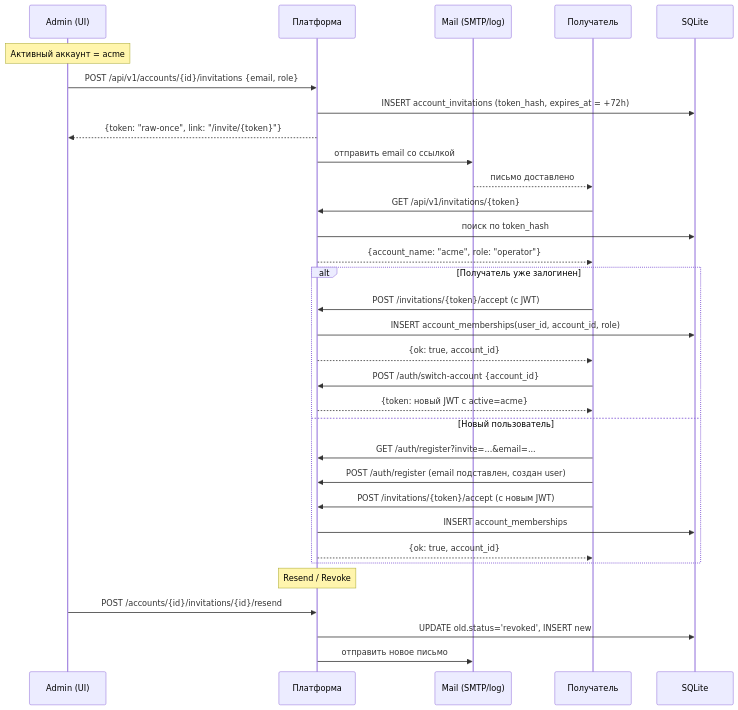
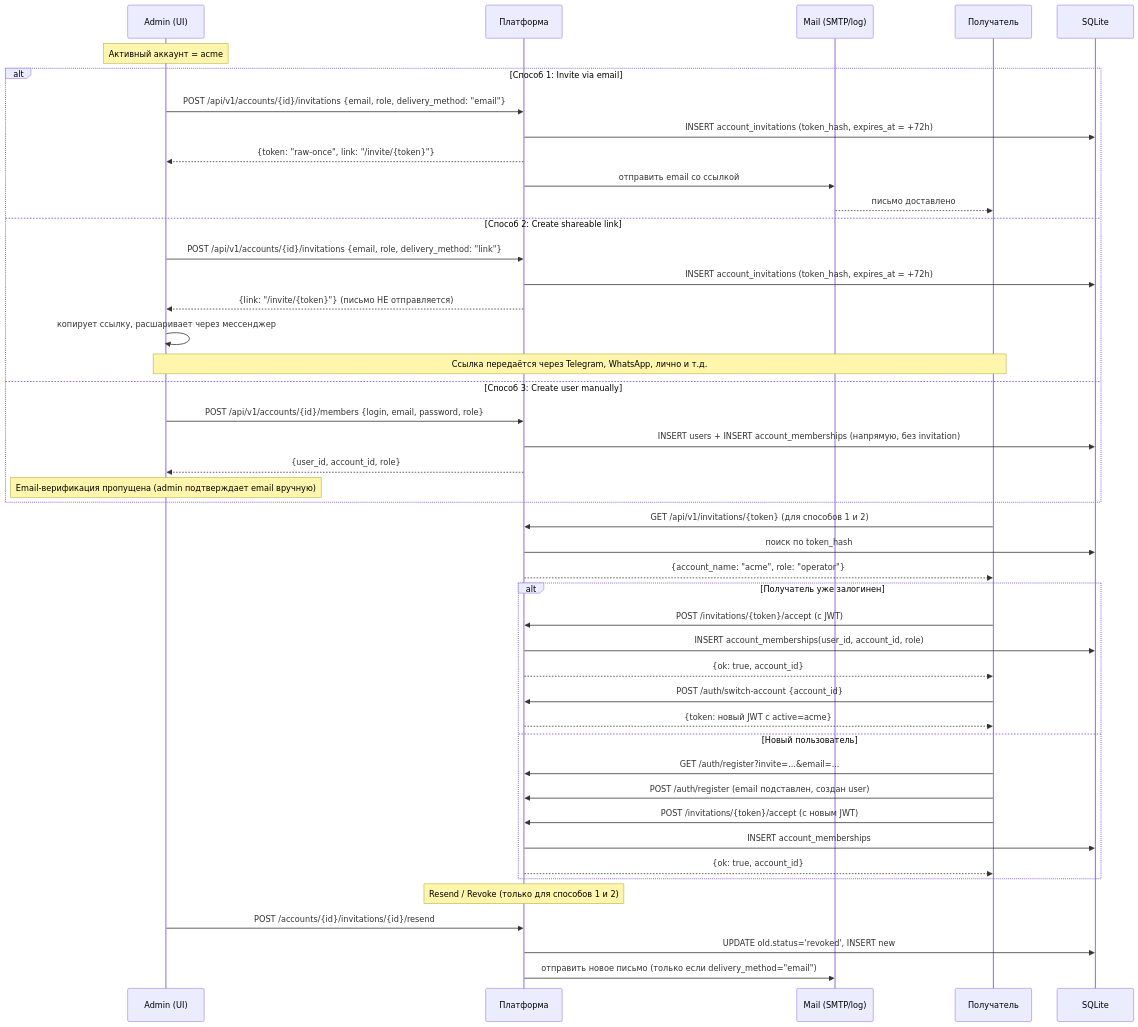
One commit to darvik80/iot-platform-go changed the second of 5 diagrams in docs/ru/16-multi-account.md. Above: the diagram before and after it, drawn with Mermaid. The commit also changed other lines of this file and 3 other files, not shown here.

````diff
--- a/docs/ru/16-multi-account.md
+++ b/docs/ru/16-multi-account.md
@@ -271,38 +279,52 @@
 ```mermaid
 sequenceDiagram
     participant A as Admin (UI)
     participant P as Платформа
     participant M as Mail (SMTP/log)
     participant R as Получатель
     participant DB as SQLite
 
     Note over A: Активный аккаунт = acme
-    A->>P: POST /api/v1/accounts/{id}/invitations {email, role}
-    P->>DB: INSERT account_invitations (token_hash, expires_at = +72h)
-    P-->>A: {token: "raw-once", link: "/invite/{token}"}
-    P->>M: отправить email со ссылкой
-    M-->>R: письмо доставлено
+    
+    alt Способ 1: Invite via email
+        A->>P: POST /api/v1/accounts/{id}/invitations {email, role, delivery_method: "email"}
+        P->>DB: INSERT account_invitations (token_hash, expires_at = +72h)
+        P-->>A: {token: "raw-once", link: "/invite/{token}"}
+        P->>M: отправить email со ссылкой
+        M-->>R: письмо доставлено
+    else Способ 2: Create shareable link
+        A->>P: POST /api/v1/accounts/{id}/invitations {email, role, delivery_method: "link"}
+        P->>DB: INSERT account_invitations (token_hash, expires_at = +72h)
+        P-->>A: {link: "/invite/{token}"} (письмо НЕ отправляется)
+        A->>A: копирует ссылку, расшаривает через мессенджер
+        Note over A,R: Ссылка передаётся через Telegram, WhatsApp, лично и т.д.
+    else Способ 3: Create user manually
+        A->>P: POST /api/v1/accounts/{id}/members {login, email, password, role}
+        P->>DB: INSERT users + INSERT account_memberships (напрямую, без invitation)
+        P-->>A: {user_id, account_id, role}
+        Note over A: Email-верификация пропущена (admin подтверждает email вручную)
+    end
 
-    R->>P: GET /api/v1/invitations/{token}
+    R->>P: GET /api/v1/invitations/{token} (для способов 1 и 2)
     P->>DB: поиск по token_hash
     P-->>R: {account_name: "acme", role: "operator"}
 
     alt Получатель уже залогинен
         R->>P: POST /invitations/{token}/accept (с JWT)
         P->>DB: INSERT account_memberships(user_id, account_id, role)
         P-->>R: {ok: true, account_id}
         R->>P: POST /auth/switch-account {account_id}
         P-->>R: {token: новый JWT с active=acme}
     else Новый пользователь
         R->>P: GET /auth/register?invite=...&email=...
         R->>P: POST /auth/register (email подставлен, создан user)
         R->>P: POST /invitations/{token}/accept (с новым JWT)
         P->>DB: INSERT account_memberships
         P-->>R: {ok: true, account_id}
     end
 
-    Note over P: Resend / Revoke
+    Note over P: Resend / Revoke (только для способов 1 и 2)
     A->>P: POST /accounts/{id}/invitations/{id}/resend
     P->>DB: UPDATE old.status='revoked', INSERT new
-    P->>M: отправить новое письмо
+    P->>M: отправить новое письмо (только если delivery_method="email")
 ```
````
